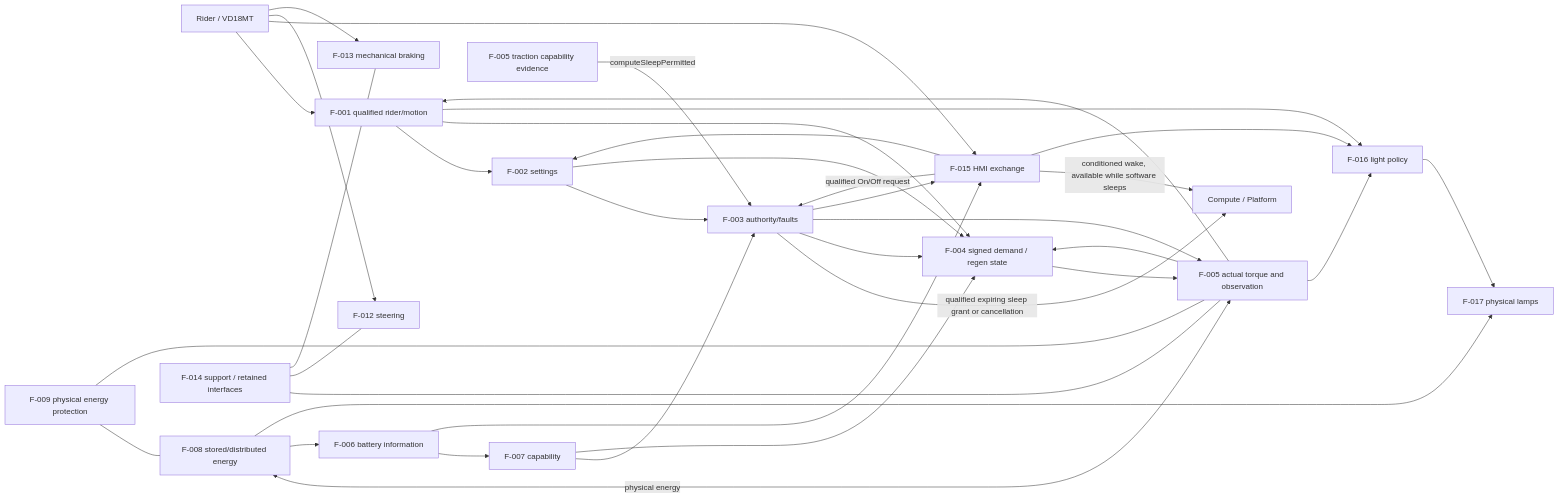
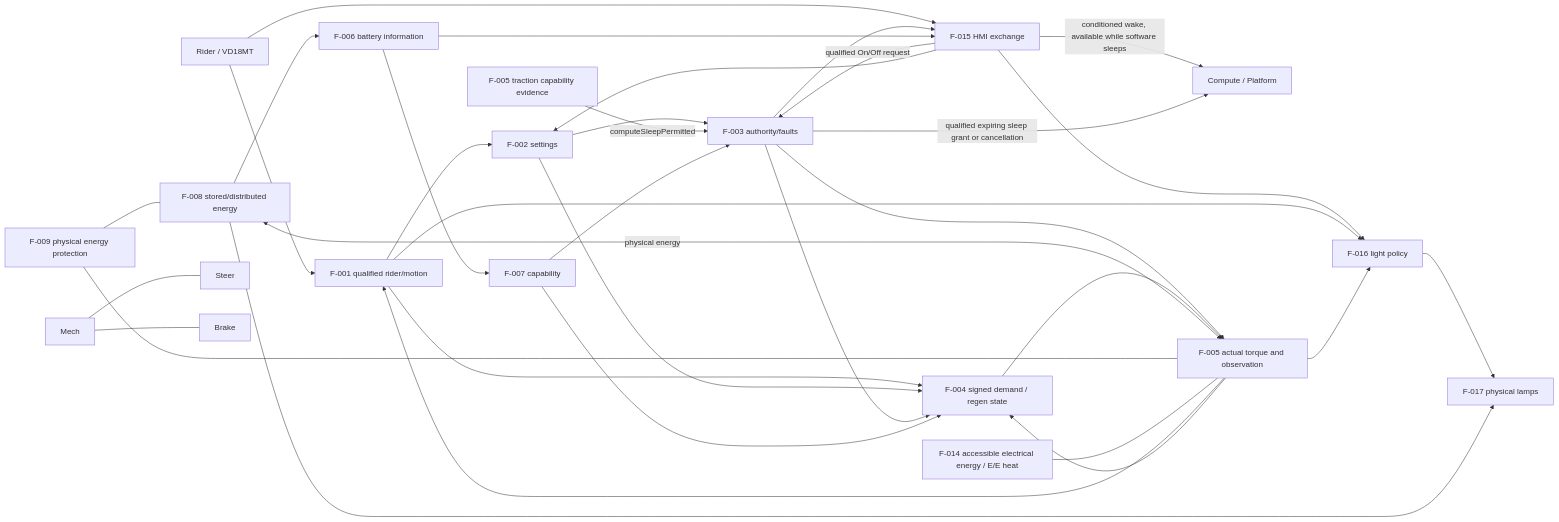
The first of 2 diagrams in .devenv/Architecture/FC-001_Functional_Concept.md (dhellhake/X2CityMCU), drawn with Mermaid before and after one commit. The commit also changed other lines of this file and 32 other files, not shown here.

Commit message:
Removal of mechanical requirements and architecture

````diff
--- a/.devenv/Architecture/FC-001_Functional_Concept.md
+++ b/.devenv/Architecture/FC-001_Functional_Concept.md
@@ -72,38 +70,36 @@
 ```mermaid
 flowchart LR
     Rider["Rider / VD18MT"] --> I["F-001 qualified rider/motion"]
     Rider --> H["F-015 HMI exchange"]
     H -->|qualified On/Off request| Session["F-003 authority/faults"]
     H -->|conditioned wake, available while software sleeps| Compute
     H --> Set["F-002 settings"]
     I --> Set
     Set --> Session
     Traction["F-005 traction capability evidence"] -->|computeSleepPermitted| Session
     Session -->|qualified expiring sleep grant or cancellation| Compute["Compute / Platform"]
     I --> Demand["F-004 signed demand / regen state"]
     Set --> Demand
     Session --> Demand
     Session --> Torque["F-005 actual torque and observation"]
     Demand --> Torque
     Torque --> I
     Torque --> Demand
     B["F-006 battery information"] --> Cap["F-007 capability"]
     Cap --> Session
     Cap --> Demand
     Store["F-008 stored/distributed energy"] <-->|physical energy| Torque
     Store --> B
     Protect["F-009 physical energy protection"] --- Store
     Protect --- Torque
     Session --> H
     B --> H
     H --> LP["F-016 light policy"]
     I --> LP
     Torque --> LP
     LP --> Lamps["F-017 physical lamps"]
     Store --> Lamps
-    Rider --> Steer["F-012 steering"]
-    Rider --> Brake["F-013 mechanical braking"]
-    Mech["F-014 support / retained interfaces"] --- Torque
+    EpcsBoundary["F-014 accessible electrical energy / E/E heat"] --- Torque
     Mech --- Steer
     Mech --- Brake
 ```
````
